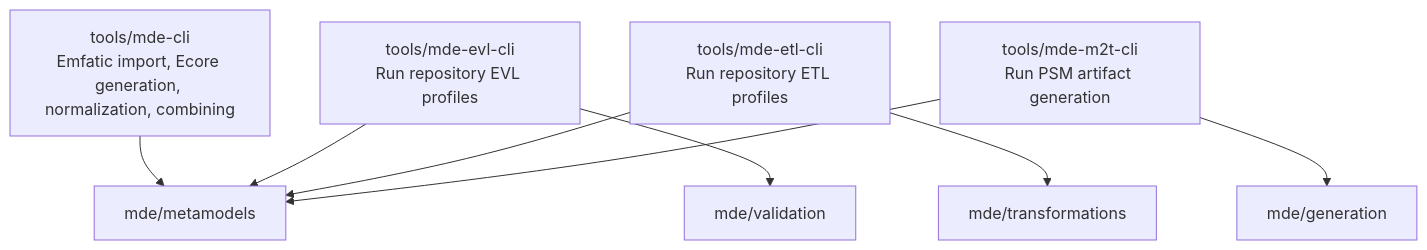
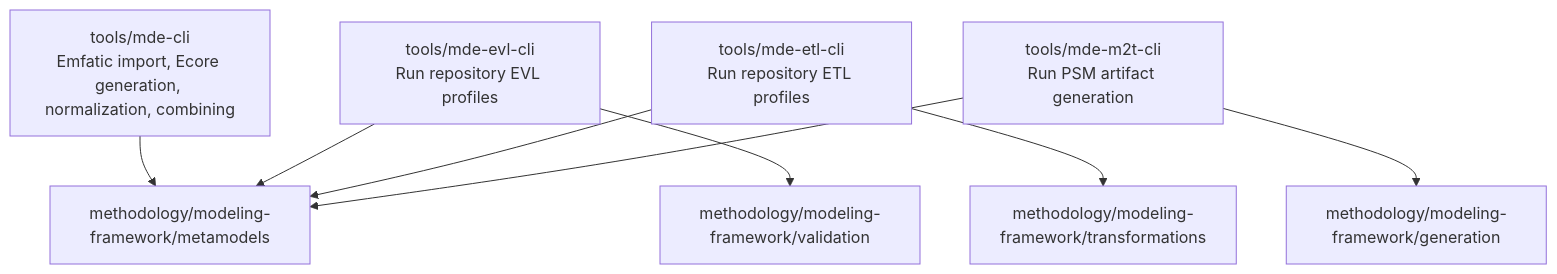
One commit to mehdieidi/modriss changed the third of 3 diagrams in docs/diagrams/17-mde-architecture.md. Above: the diagram before and after it, drawn with Mermaid. The commit also changed other lines of this file and 832 other files, not shown here.

````diff
--- a/docs/diagrams/17-mde-architecture.md
+++ b/docs/diagrams/17-mde-architecture.md
@@ -72,19 +72,19 @@
 ```mermaid
 flowchart TB
     mdecli["tools/mde-cli<br/>Emfatic import, Ecore generation, normalization, combining"]
     evlcli["tools/mde-evl-cli<br/>Run repository EVL profiles"]
     etlcli["tools/mde-etl-cli<br/>Run repository ETL profiles"]
     m2tcli["tools/mde-m2t-cli<br/>Run PSM artifact generation"]
-    metamodels["mde/metamodels"]
-    validations["mde/validation"]
-    transformations["mde/transformations"]
-    generation["mde/generation"]
+    metamodels["methodology/modeling-framework/metamodels"]
+    validations["methodology/modeling-framework/validation"]
+    transformations["methodology/modeling-framework/transformations"]
+    generation["methodology/modeling-framework/generation"]
 
     mdecli --> metamodels
     evlcli --> validations
     evlcli --> metamodels
     etlcli --> transformations
     etlcli --> metamodels
     m2tcli --> generation
     m2tcli --> metamodels
 ```
````
